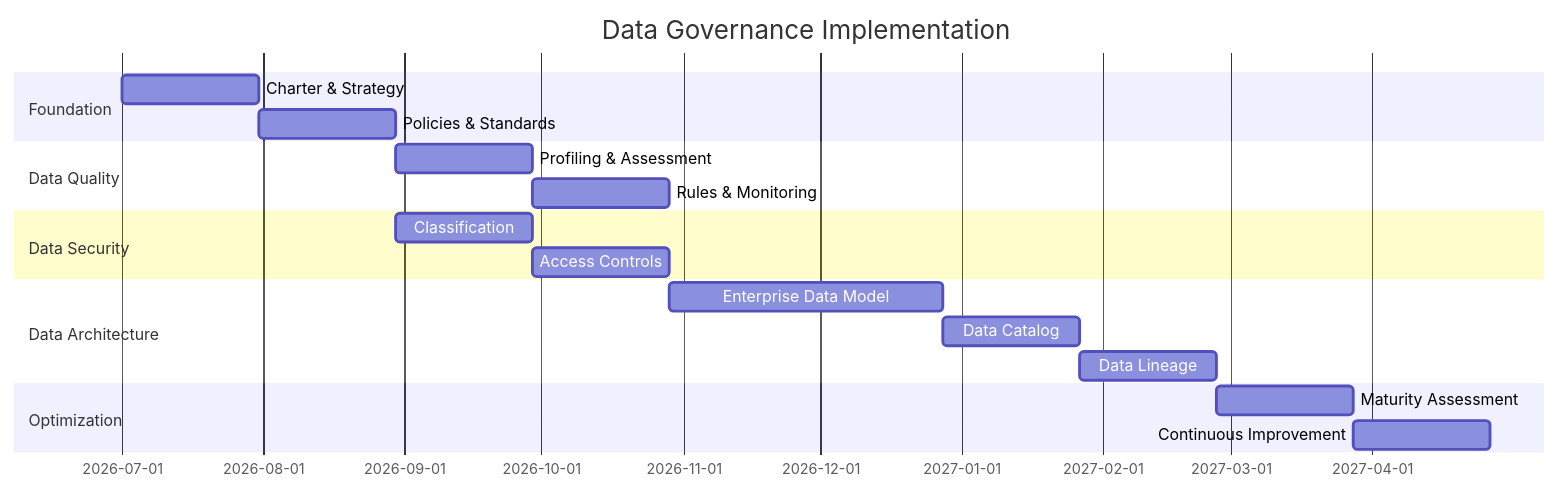
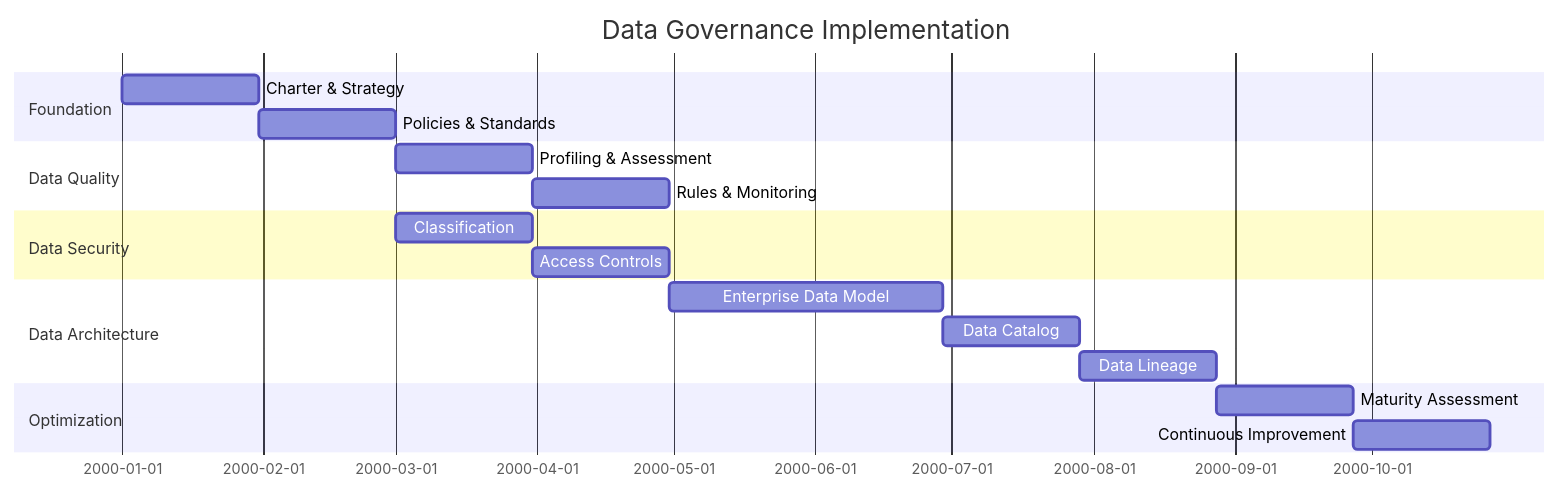
One commit to oat431/swe-knowledge changed the second of 2 diagrams in document-template/15_Data_Management/Data-Governance-Strategy.md. Above: the diagram before and after it, drawn with Mermaid. The commit also changed 56 other files, not shown here.

````diff
--- a/document-template/15_Data_Management/Data-Governance-Strategy.md
+++ b/document-template/15_Data_Management/Data-Governance-Strategy.md
@@ -58,21 +58,22 @@
 ```mermaid
 gantt
     title Data Governance Implementation
     dateFormat YYYY-MM-DD
+    %% Placeholder schedule: base 2000-01-01 = project start; recompute real dates when instantiating
     section Foundation
-    Charter & Strategy      :a1, 2026-07-01, 30d
+    Charter & Strategy      :a1, 2000-01-01, 30d
     Policies & Standards    :a2, after a1, 30d
     section Data Quality
     Profiling & Assessment  :b1, after a2, 30d
     Rules & Monitoring      :b2, after b1, 30d
     section Data Security
     Classification          :c1, after a2, 30d
     Access Controls         :c2, after c1, 30d
     section Data Architecture
     Enterprise Data Model   :d1, after b2, 60d
     Data Catalog            :d2, after d1, 30d
     Data Lineage            :d3, after d2, 30d
     section Optimization
     Maturity Assessment     :e1, after d3, 30d
     Continuous Improvement  :e2, after e1, 30d
 ```
````
